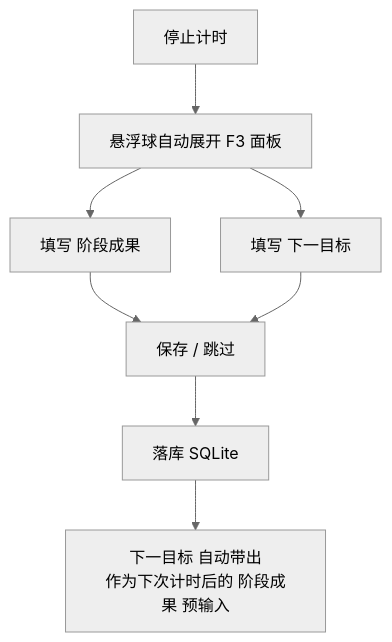
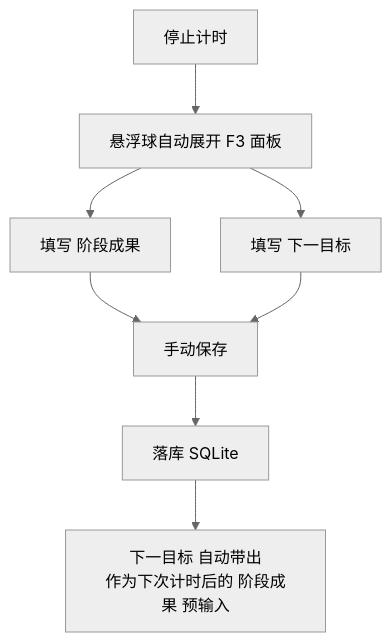
One commit to YangYuhua122121/WorkLog changed the third of 6 diagrams in worklog-PRD文档.md. Above: the diagram before and after it, drawn with Mermaid (neutral theme). The commit also changed other lines of this file, not shown here.

Commit message:
docs(mian): 原型图及PRD

````diff
--- a/worklog-PRD文档.md
+++ b/worklog-PRD文档.md
@@ -313,10 +314,10 @@
 ```mermaid
 flowchart TD
     A[停止计时] --> B[悬浮球自动展开 F3 面板]
     B --> C[填写 阶段成果]
     B --> D[填写 下一目标]
-    C --> E[保存 / 跳过]
+    C --> E[手动保存]
     D --> E
     E --> F[落库 SQLite]
     F --> G[下一目标 自动带出\n作为下次计时后的 阶段成果 预输入]
 ```
````
